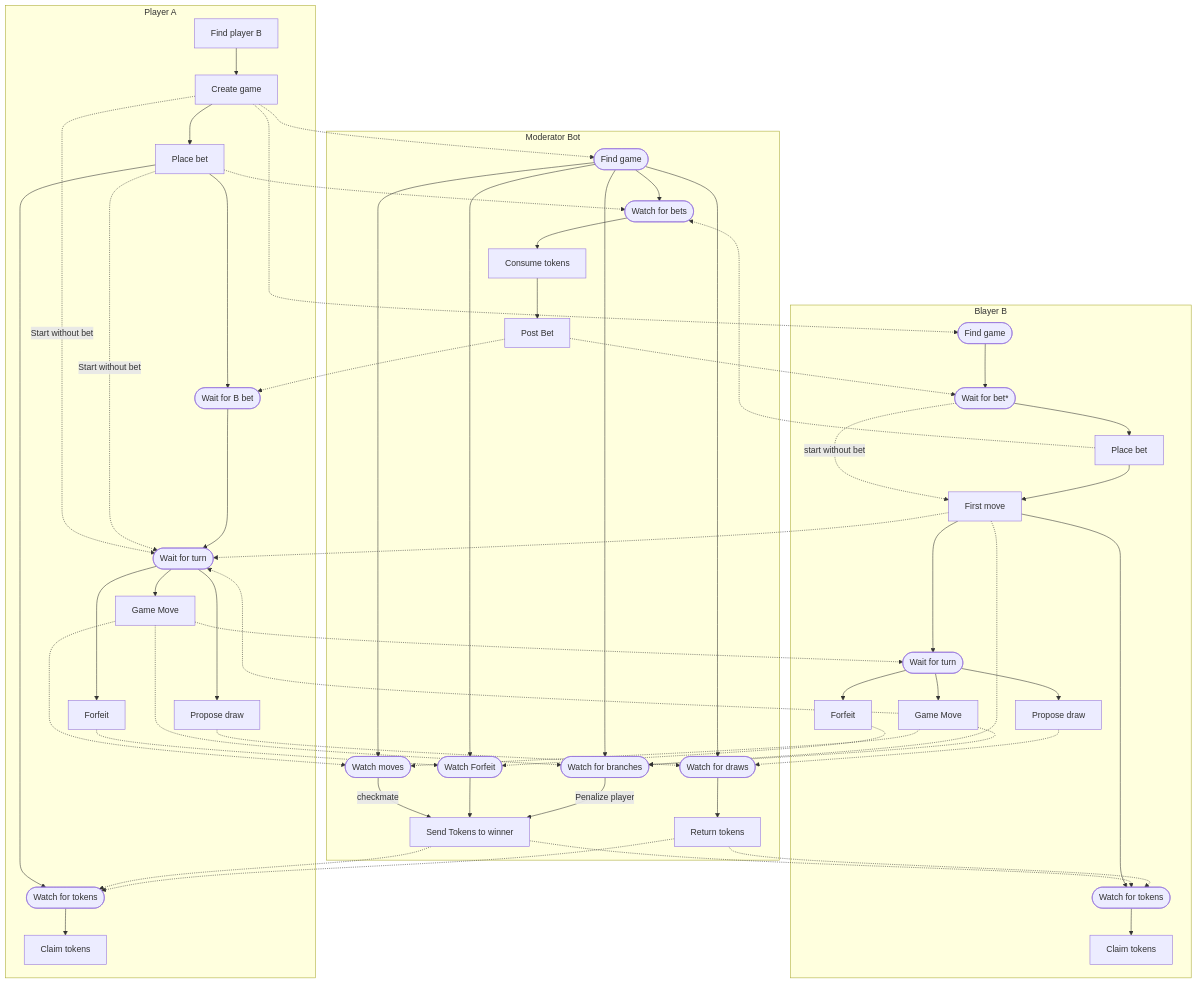
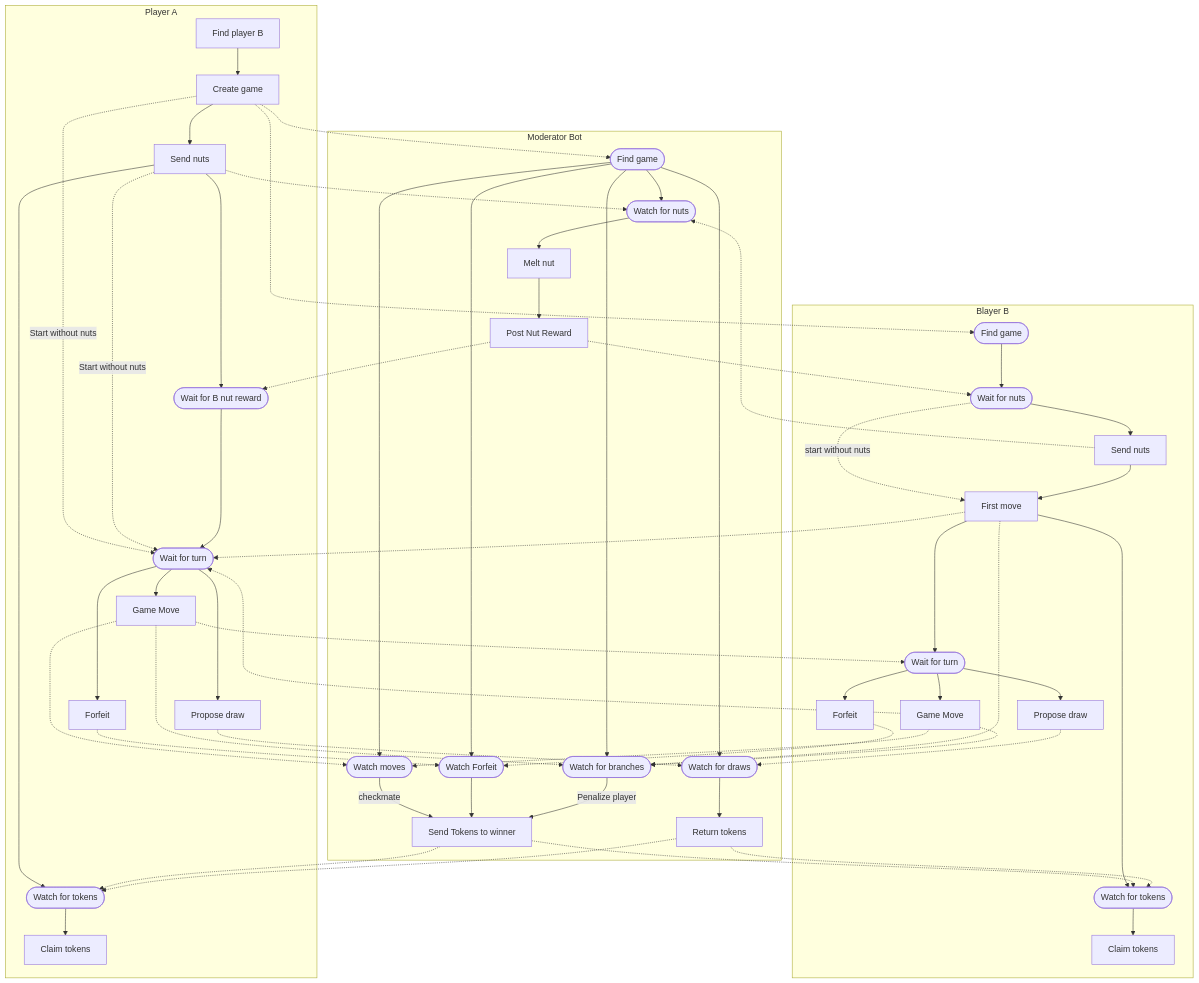
The second of 2 diagrams in README.md (hzrd149/chessnut), drawn with Mermaid before and after one commit. The commit also changed other lines of this file, not shown here.

Commit message:
merge forfeit and draw events into state event rename bets to nuts

````diff
--- a/README.md
+++ b/README.md
@@ -124,66 +105,66 @@
 ```mermaid
 flowchart TD
     subgraph Player A
     afindPlayer[Find player B]-->aCreateGame[Create game]
-    aCreateGame-->aPlaceBet[Place bet]
-    aCreateGame-.Start without bet.->aWaitForTurn
-    aPlaceBet--> aWaitForBet([Wait for B bet])
-    aPlaceBet-.Start without bet.->aWaitForTurn
-    aWaitForBet-->aWaitForTurn([Wait for turn])
+    aCreateGame-->aSendNuts[Send nuts]
+    aCreateGame-.Start without nuts.->aWaitForTurn
+    aSendNuts--> aWaitForNuts([Wait for B nut reward])
+    aSendNuts-.Start without nuts.->aWaitForTurn
+    aWaitForNuts-->aWaitForTurn([Wait for turn])
     aWaitForTurn-->aGameMove[Game Move]
     aWaitForTurn-->aForfeit[Forfeit]
     aWaitForTurn-->aProposeDraw[Propose draw]
-    aPlaceBet-->aWatchTokens([Watch for tokens])
+    aSendNuts-->aWatchTokens([Watch for tokens])
     aWatchTokens-->aClaimTokens[Claim tokens]
     end
 
     subgraph Moderator Bot
-    modFindGame([Find game])-->modWatchForBets([Watch for bets])
-    modWatchForBets-->modConsumeToken[Consume tokens]
-    modConsumeToken-->modPostBet[Post Bet]
+    modFindGame([Find game])-->modWatchForNuts([Watch for nuts])
+    modWatchForNuts-->modConsumeNut[Melt nut]
+    modConsumeNut-->modPostNut[Post Nut Reward]
     modFindGame-->modWatchMove([Watch moves])
     modFindGame-->modWatchForfeit([Watch Forfeit])
     modFindGame-->modWatchForDraw([Watch for draws])
     modFindGame-->modWatchForBranches([Watch for branches])
     modWatchMove--checkmate-->modSendTokens[Send Tokens to winner]
     modWatchForfeit-->modSendTokens
     modWatchForDraw-->modReturnTokens[Return tokens]
     modWatchForBranches--Penalize player-->modSendTokens
     end
 
     subgraph Blayer B
-    bLookForGames([Find game])-->bWaitForBet([Wait for bet*])
-    bWaitForBet-.start without bet.->bFirstMove
-    bWaitForBet-->bPlaceBet[Place bet]
-    bPlaceBet-->bFirstMove[First move]
+    bLookForGames([Find game])-->bWaitForNuts([Wait for nuts])
+    bWaitForNuts-.start without nuts.->bFirstMove
+    bWaitForNuts-->bSendNuts[Send nuts]
+    bSendNuts-->bFirstMove[First move]
     bFirstMove-->bWaitForTurn([Wait for turn])
     bFirstMove-->bWatchTokens([Watch for tokens])
     bWaitForTurn --> bGameMove[Game Move]
     bWaitForTurn-->bForfeit[Forfeit]
     bWaitForTurn-->bProposeDraw[Propose draw]
     bWatchTokens-->bClaimTokens[Claim tokens]
     end
 
-    aPlaceBet-.->modWatchForBets
-    bPlaceBet-.->modWatchForBets
+    aSendNuts-.->modWatchForNuts
+    bSendNuts-.->modWatchForNuts
     bFirstMove-.->aWaitForTurn
-    modPostBet-.->bWaitForBet
-    modPostBet-.->aWaitForBet
+    modPostNut-.->bWaitForNuts
+    modPostNut-.->aWaitForNuts
     aCreateGame-.->bLookForGames
     aCreateGame-.->modFindGame
     aGameMove-.->bWaitForTurn
     bGameMove-.->aWaitForTurn
     aGameMove-.->modWatchMove
     bGameMove-.->modWatchMove
     aForfeit-.->modWatchForfeit
     bForfeit-.->modWatchForfeit
     modSendTokens-.->aWatchTokens
     modSendTokens-.->bWatchTokens
     aProposeDraw-.->modWatchForDraw
     bProposeDraw-.->modWatchForDraw
     modReturnTokens-.->aWatchTokens
     modReturnTokens-.->bWatchTokens
     bFirstMove-.->modWatchForBranches
     bGameMove-.->modWatchForBranches
     aGameMove-.->modWatchForBranches
 ```
````
